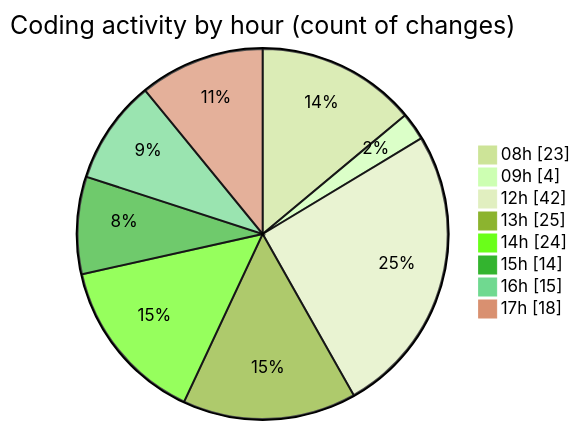
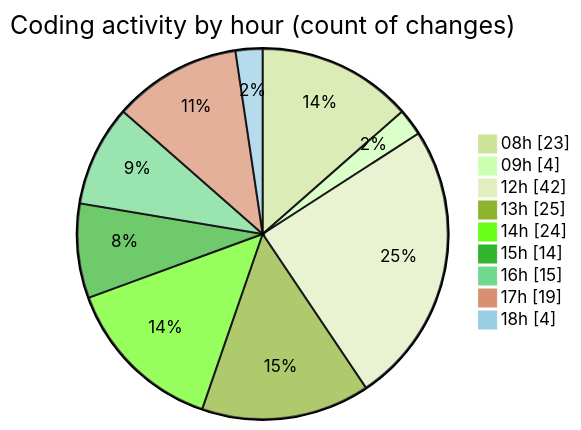
The second of 2 diagrams in 2026-06-02/cda/README.md (momahboobian/code-tracking), drawn with Mermaid (forest theme) before and after one commit. The commit also changed other lines of this file and 1 other file, not shown here.

````diff
--- a/2026-06-02/cda/README.md
+++ b/2026-06-02/cda/README.md
@@ -84,12 +84,13 @@
 ```mermaid
 pie showData
 title Coding activity by hour (count of changes)
 "08h" : 23
 "09h" : 4
 "12h" : 42
 "13h" : 25
 "14h" : 24
 "15h" : 14
 "16h" : 15
-"17h" : 18
+"17h" : 19
+"18h" : 4
 ```
````
